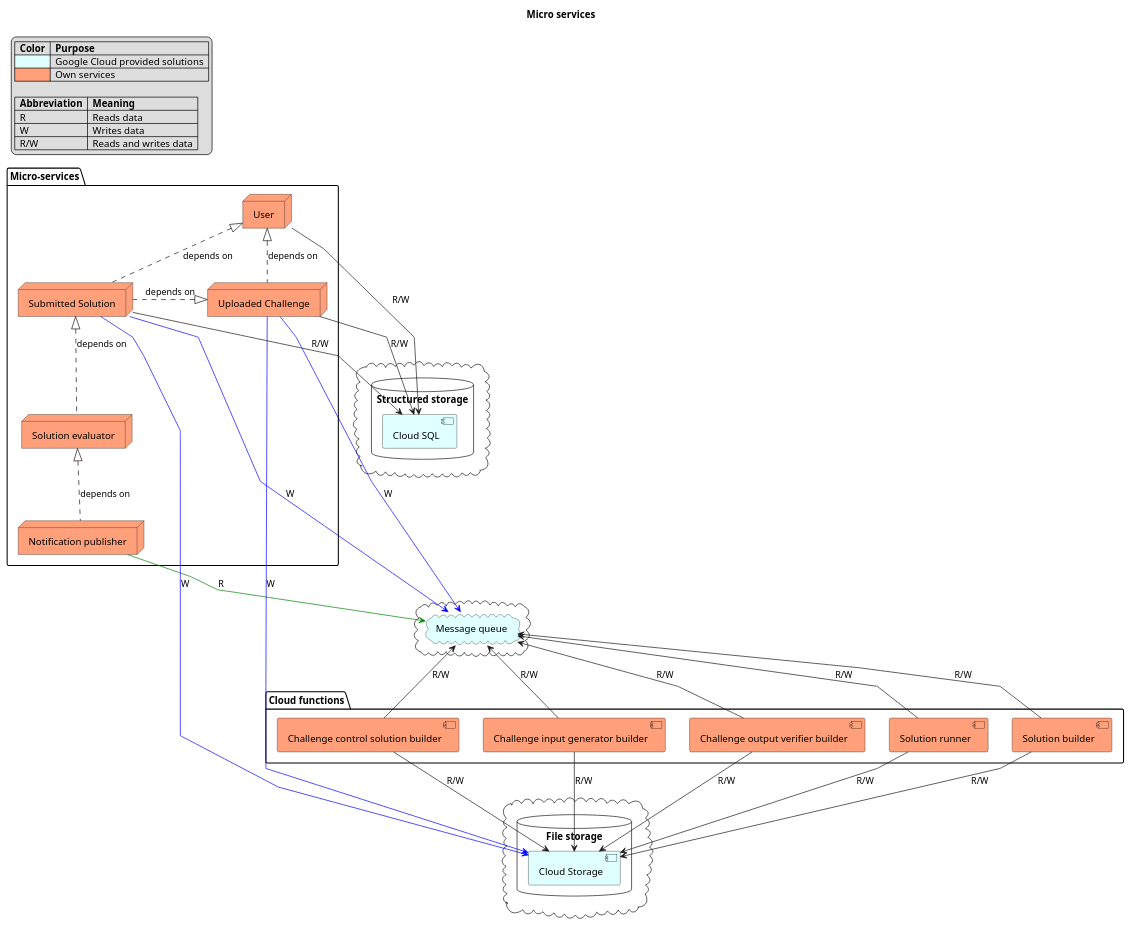
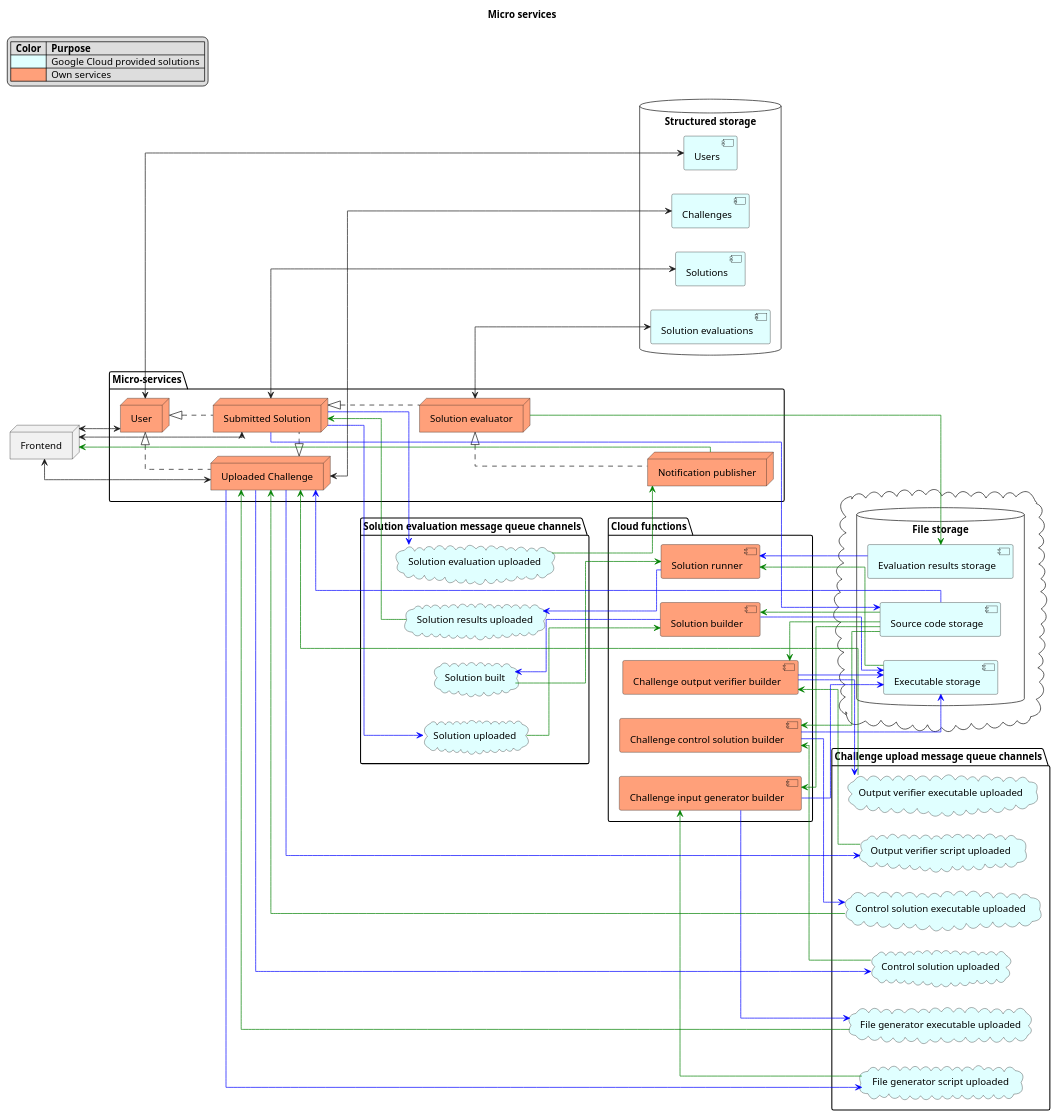
Before and after one commit to nemaberci/codehub: the diagram in specification/components.plantuml, drawn with PlantUML. The commit also changed 2 other files, not shown here.

Commit message:
GH-1 Blew up component diagram

```diff
--- a/specification/components.plantuml
+++ b/specification/components.plantuml
@@ -1,80 +1,114 @@
 @startuml Micro Service commponents
 title Micro services
 
-skinparam Linetype polyline
+skinparam Linetype ortho
+left to right direction
 
 folder "Micro-services" {
     node "User" as user #LightSalmon
     node "Submitted Solution" as solution #LightSalmon
     node "Uploaded Challenge" as challenge #LightSalmon
     node "Solution evaluator" as evaluator #LightSalmon
     node "Notification publisher" as notification #LightSalmon
 }
 
 cloud {
     database "File storage" {
-        [Cloud Storage] as storage #LightCyan
+        [Source code storage] as storage_source #LightCyan
+        [Executable storage] as storage_exec #LightCyan
+        [Evaluation results storage] as storage_eval #LightCyan
     }
 }
 
-cloud {
-    database "Structured storage" {
-        [Cloud SQL] as db #LightCyan
-    }
+database "Structured storage" {
+    [Solution evaluations] as db_eval #LightCyan
+    [Challenges] as db_challenge #LightCyan
+    [Solutions] as db_solution #LightCyan
+    [Users] as db_user #LightCyan
 }
 
-cloud {
-    cloud "Message queue" as mq #LightCyan
+folder "Solution evaluation message queue channels" {
+    cloud "Solution built" as mq_solution_built #LightCyan
+    cloud "Solution uploaded" as mq_solution_uploaded #LightCyan
+    cloud "Solution results uploaded" as mq_solution_results_uploaded #LightCyan
+    cloud "Solution evaluation uploaded" as mq_solution_evaluation_uploaded #LightCyan
 }
+folder "Challenge upload message queue channels" {
+    cloud "Control solution uploaded" as mq_control_solution_uploaded #LightCyan
+    cloud "File generator script uploaded" as mq_file_generator_script_uploaded #LightCyan
+    cloud "Output verifier script uploaded" as mq_output_verifier_script_uploaded #LightCyan
+    cloud "Control solution executable uploaded" as mq_control_solution_executable_uploaded #LightCyan
+    cloud "File generator executable uploaded" as mq_file_generator_executable_uploaded #LightCyan
+    cloud "Output verifier executable uploaded" as mq_output_verifier_executable_uploaded #LightCyan
+}
+
 
 folder "Cloud functions" {
     [Solution builder] as builder #LightSalmon
     [Challenge control solution builder] as controlSolutionBuilder #LightSalmon
     [Challenge input generator builder] as inputGeneratorBuilder #LightSalmon
     [Challenge output verifier builder] as outputVerifierBuilder #LightSalmon
     [Solution runner] as runner #LightSalmon
 }
 
-solution .up.|> user : depends on
-challenge .up.|> user : depends on
-evaluator .up.|> solution : depends on
-notification .up.|> evaluator: depends on
-solution .left.|> challenge : depends on
+node "Frontend" as frontend
+
+solution .up.|> user
+challenge .up.|> user
+evaluator .up.|> solution
+notification .up.|> evaluator
+solution .left.|> challenge
+frontend <-down-> user
+frontend <-down-> solution
+frontend <-down-> challenge
+frontend <-down- notification #Green
+
+solution -right-> mq_solution_uploaded #Blue
+builder <--up-- mq_solution_uploaded #Green
+builder -up-> mq_solution_built #Blue
+runner <-up- mq_solution_built #Green
+runner -down-> mq_solution_results_uploaded #Blue
+solution <-down- mq_solution_results_uploaded #Green
+solution -left-> mq_solution_evaluation_uploaded #Blue
+notification <-left- mq_solution_evaluation_uploaded #Green
+controlSolutionBuilder <-left- mq_control_solution_uploaded #Green
+controlSolutionBuilder --> mq_control_solution_executable_uploaded #Blue
+inputGeneratorBuilder <-- mq_file_generator_script_uploaded #Green
+inputGeneratorBuilder --> mq_file_generator_executable_uploaded #Blue
+outputVerifierBuilder <-- mq_output_verifier_script_uploaded #Green
+outputVerifierBuilder --> mq_output_verifier_executable_uploaded #Blue
+challenge --right--> mq_control_solution_uploaded #Blue
+challenge --right--> mq_file_generator_script_uploaded #Blue
+challenge --right--> mq_output_verifier_script_uploaded #Blue
+challenge <---- mq_output_verifier_executable_uploaded #Green
+challenge <---- mq_file_generator_executable_uploaded #Green
+challenge <---- mq_control_solution_executable_uploaded #Green
+
+builder <-- storage_source #Green 
+builder --> storage_exec #Blue 
+runner <-- storage_exec #Green 
+controlSolutionBuilder <-- storage_source #Green
+controlSolutionBuilder --> storage_exec #Blue
+inputGeneratorBuilder <-- storage_source #Green
+inputGeneratorBuilder --> storage_exec #Blue
+outputVerifierBuilder <-- storage_source #Green
+outputVerifierBuilder --> storage_exec #Blue
+challenge <-- storage_source #Blue
+solution --> storage_source #Blue
+runner <-- storage_eval #Blue
+evaluator --> storage_eval #Green
 
 
-builder -left-> mq : R/W
-runner -right-> mq : R/W
-solution --> mq #Blue : W 
-notification --> mq #Green : R
-controlSolutionBuilder -up-> mq : R/W
-inputGeneratorBuilder -up-> mq : R/W
-outputVerifierBuilder -up-> mq : R/W
-challenge -down-> mq #Blue : W
-
-
-builder -down-> storage: R/W
-runner -down-> storage : R/W
-controlSolutionBuilder -down-> storage: R/W
-inputGeneratorBuilder -down-> storage: R/W
-outputVerifierBuilder -down-> storage: R/W
-challenge -down-> storage #Blue : W
-solution -down-> storage #Blue : W
-
-
-solution -down-> db : R/W
-challenge -down-> db: R/W
-user -down-> db: R/W
+solution <--> db_solution 
+challenge <--> db_challenge 
+user <--> db_user 
+evaluator <--> db_eval 
 
 
 legend top left
 |  **Color**  |  **Purpose**  |
 |  <#LightCyan>  |  Google Cloud provided solutions  |
 |  <#LightSalmon>  |  Own services  |
-
-|  **Abbreviation**  |  **Meaning**  |
-|  R  |  Reads data  |
-|  W  |  Writes data  |
-|  R/W  |  Reads and writes data  |
 endlegend
 
 @enduml
```
